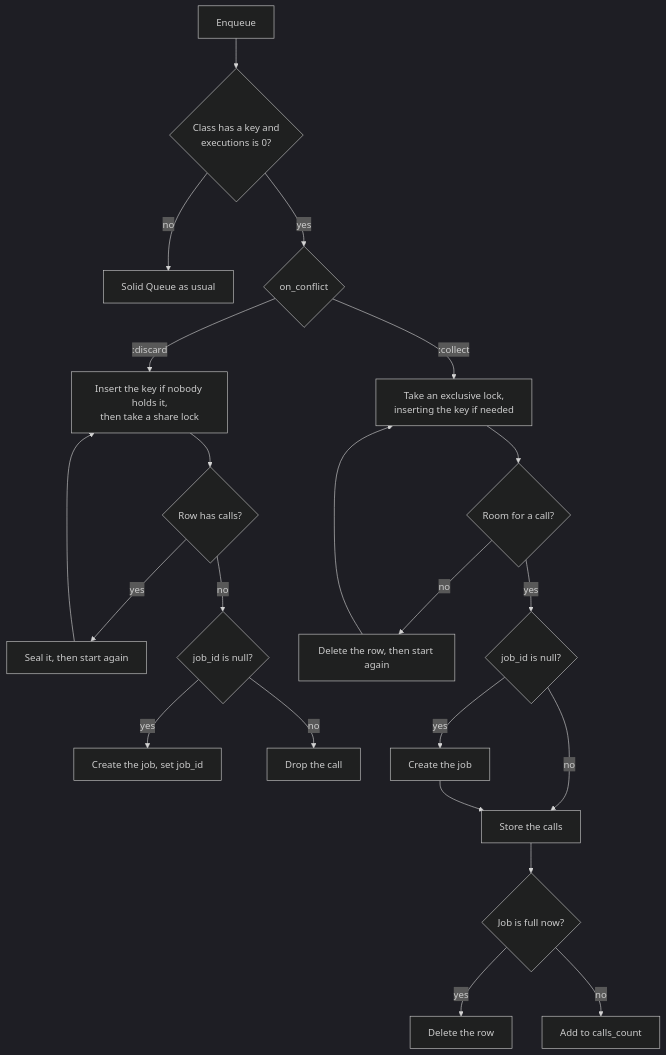
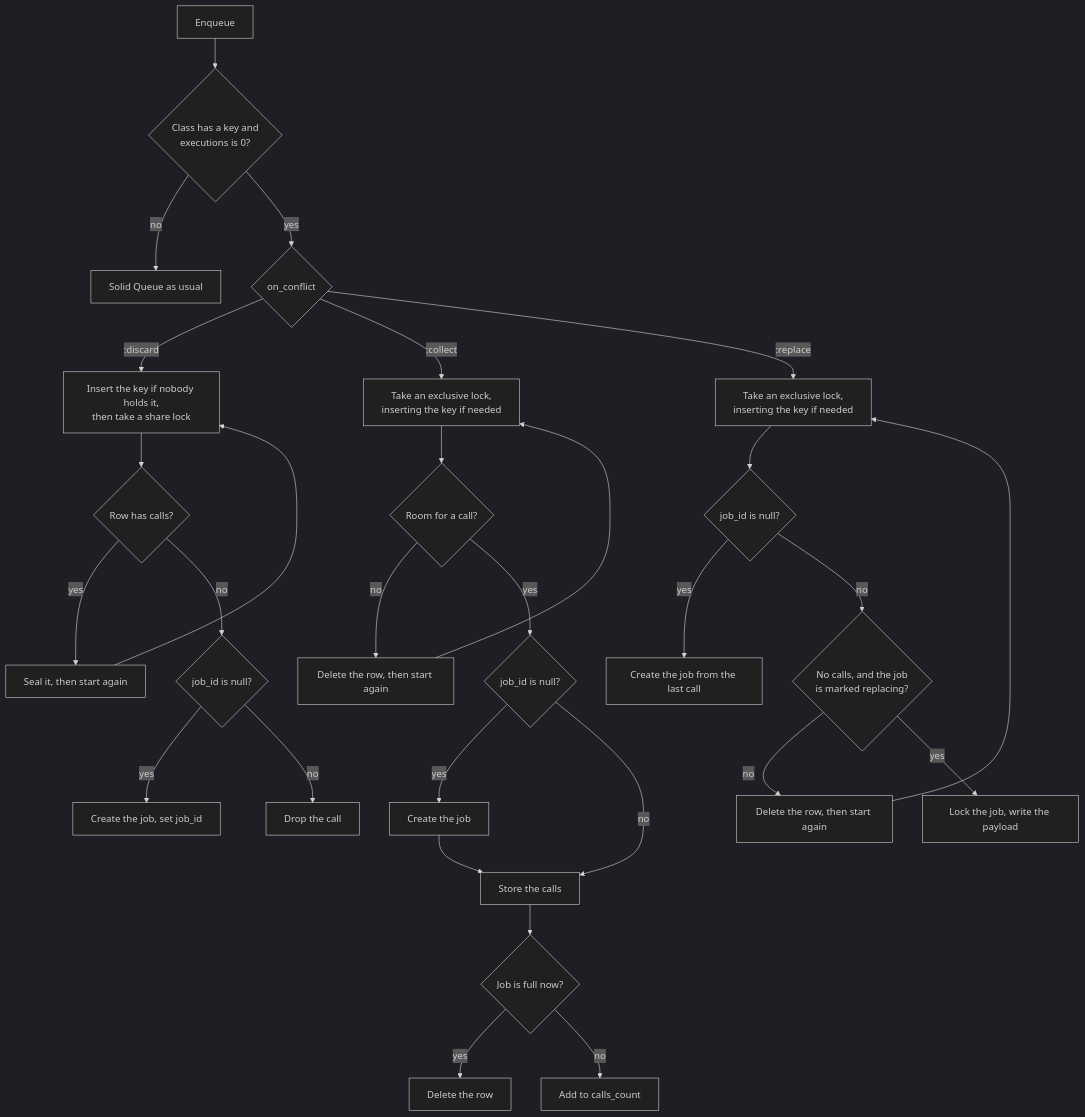
One commit to dtcristo/solid_queue-coalesce changed the fourth of 16 diagrams in docs/design.md. Above: the diagram before and after it, drawn with Mermaid (dark theme). The commit also changed other lines of this file and 11 other files, not shown here.

First line of the commit message:
Add on_conflict: :replace to run a pending job with its latest arguments

````diff
--- a/docs/design.md
+++ b/docs/design.md
@@ -97,26 +97,34 @@
 ```mermaid
 flowchart TD
     Start["Enqueue"] --> Coalesces{"Class has a key and<br/>executions is 0?"}
     Coalesces -->|"no"| Upstream["Solid Queue as usual"]
     Coalesces -->|"yes"| Mode{"on_conflict"}
 
     Mode -->|":discard"| ShareLock["Insert the key if nobody holds it,<br/>then take a share lock"]
     ShareLock --> HasCalls{"Row has calls?"}
     HasCalls -->|"yes"| SealCollecting["Seal it, then start again"]
     SealCollecting --> ShareLock
     HasCalls -->|"no"| DiscardNull{"job_id is null?"}
     DiscardNull -->|"yes"| CreateDiscard["Create the job, set job_id"]
     DiscardNull -->|"no"| Dropped["Drop the call"]
 
     Mode -->|":collect"| ExclusiveLock["Take an exclusive lock,<br/>inserting the key if needed"]
     ExclusiveLock --> Room{"Room for a call?"}
     Room -->|"no"| SealFull["Delete the row, then start again"]
     SealFull --> ExclusiveLock
     Room -->|"yes"| CollectNull{"job_id is null?"}
     CollectNull -->|"yes"| CreateCollect["Create the job"]
     CollectNull -->|"no"| Store["Store the calls"]
     CreateCollect --> Store
     Store --> Full{"Job is full now?"}
     Full -->|"yes"| Seal["Delete the row"]
     Full -->|"no"| Count["Add to calls_count"]
+
+    Mode -->|":replace"| ReplaceLock["Take an exclusive lock,<br/>inserting the key if needed"]
+    ReplaceLock --> ReplaceNull{"job_id is null?"}
+    ReplaceNull -->|"yes"| CreateReplace["Create the job from the last call"]
+    ReplaceNull -->|"no"| Replacing{"No calls, and the job<br/>is marked replacing?"}
+    Replacing -->|"no"| SealOther["Delete the row, then start again"]
+    SealOther --> ReplaceLock
+    Replacing -->|"yes"| Replace["Lock the job, write the payload"]
 ```
````
